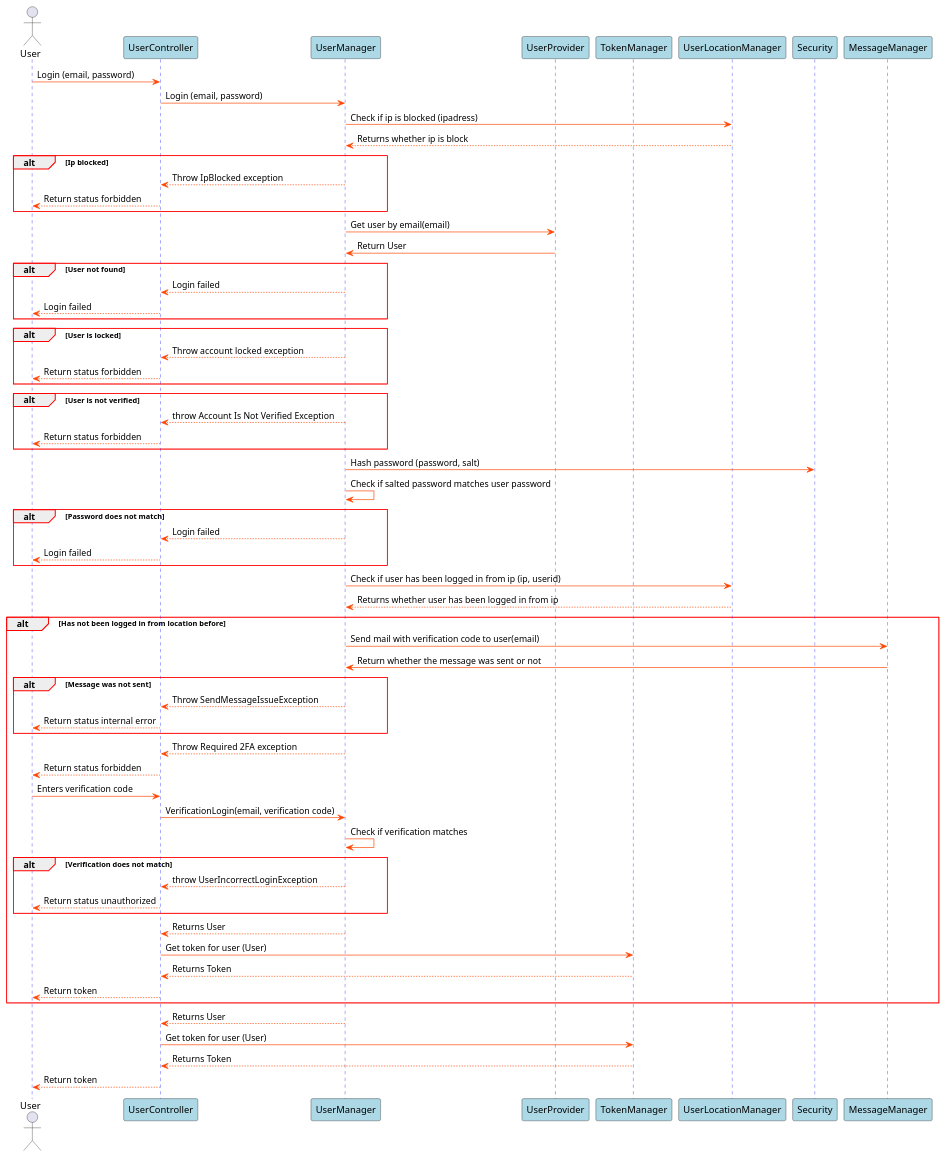
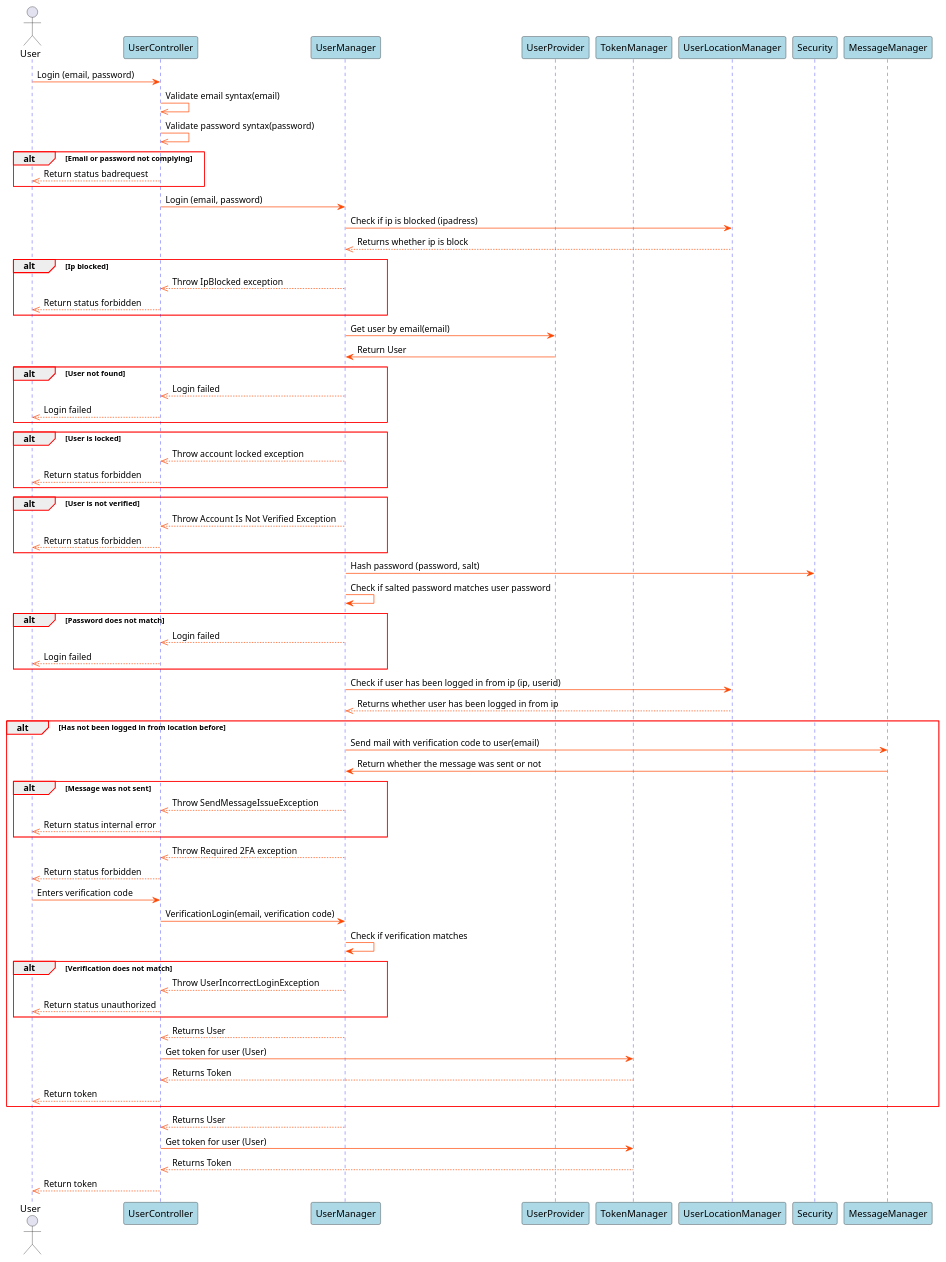
Before and after one commit to blackout1471/trust-us-school: the diagram in Docs/SDDiagrams/LoginSD.plantuml, drawn with PlantUML. The commit also changed 20 other files, not shown here.

First line of the commit message:
Updated sd and flowcharts (#27)

```diff
--- a/Docs/SDDiagrams/LoginSD.plantuml
+++ b/Docs/SDDiagrams/LoginSD.plantuml
@@ -1,103 +1,111 @@
 @startuml Login SD
 
 skinparam sequence {
     GroupBorderColor red
     GroupBorderThickness 1
 
     ArrowColor orangered
 
     LifeLineBorderColor blue
 
     ParticipantBackgroundColor lightblue
 }
 
 actor User
 participant UserController
 participant UserManager
 participant UserProvider
 participant TokenManager
 participant UserLocationManager
 participant Security
 
 User->UserController: Login (email, password)
+
+UserController->>UserController: Validate email syntax(email)
+UserController->>UserController: Validate password syntax(password)
+
+alt Email or password not complying
+UserController-->>User: Return status badrequest
+end
+
 UserController->UserManager: Login (email, password)
 UserManager->UserLocationManager: Check if ip is blocked (ipadress)
-UserLocationManager-->UserManager: Returns whether ip is block
+UserLocationManager-->>UserManager: Returns whether ip is block
 
 alt Ip blocked
-UserManager-->UserController: Throw IpBlocked exception
-UserController-->User: Return status forbidden
+UserManager-->>UserController: Throw IpBlocked exception
+UserController-->>User: Return status forbidden
 end
 
 UserManager->UserProvider: Get user by email(email)
 UserProvider->UserManager: Return User
 
 
 alt User not found
 
-UserManager-->UserController: Login failed
-UserController-->User: Login failed
+UserManager-->>UserController: Login failed
+UserController-->>User: Login failed
 
 end
 
 alt User is locked
 
-UserManager-->UserController: Throw account locked exception
-UserController-->User: Return status forbidden
+UserManager-->>UserController: Throw account locked exception
+UserController-->>User: Return status forbidden
 
 end
 
 alt User is not verified
 
-UserManager-->UserController: throw Account Is Not Verified Exception
-UserController-->User: Return status forbidden
+UserManager-->>UserController: Throw Account Is Not Verified Exception
+UserController-->>User: Return status forbidden
 
 end
 
 UserManager->Security: Hash password (password, salt)
 UserManager->UserManager: Check if salted password matches user password
 
 alt Password does not match
 
-UserManager-->UserController: Login failed
-UserController-->User: Login failed
+UserManager-->>UserController: Login failed
+UserController-->>User: Login failed
 
 end
 
 
 UserManager->UserLocationManager: Check if user has been logged in from ip (ip, userid)
-UserLocationManager-->UserManager: Returns whether user has been logged in from ip
+UserLocationManager-->>UserManager: Returns whether user has been logged in from ip
 
 alt Has not been logged in from location before
 
 UserManager->MessageManager: Send mail with verification code to user(email)
 MessageManager->UserManager: Return whether the message was sent or not
 alt Message was not sent
 
-UserManager --> UserController: Throw SendMessageIssueException
-UserController --> User: Return status internal error
+UserManager -->> UserController: Throw SendMessageIssueException
+UserController -->> User: Return status internal error
 end
-UserManager-->UserController: Throw Required 2FA exception
-UserController-->User: Return status forbidden
+UserManager-->>UserController: Throw Required 2FA exception
+UserController-->>User: Return status forbidden
 User->UserController: Enters verification code
 UserController->UserManager: VerificationLogin(email, verification code)
 UserManager->UserManager: Check if verification matches
 alt Verification does not match
 
-UserManager-->UserController: throw UserIncorrectLoginException
-UserController-->User: Return status unauthorized
+UserManager-->>UserController: Throw UserIncorrectLoginException
+UserController-->>User: Return status unauthorized
 
 end
-UserManager-->UserController: Returns User
+UserManager-->>UserController: Returns User
 UserController->TokenManager: Get token for user (User)
-TokenManager-->UserController: Returns Token
-UserController-->User: Return token
+TokenManager-->>UserController: Returns Token
+UserController-->>User: Return token
 end
 
-UserManager-->UserController: Returns User
+UserManager-->>UserController: Returns User
 UserController->TokenManager: Get token for user (User)
-TokenManager-->UserController: Returns Token
+TokenManager-->>UserController: Returns Token
 
-UserController-->User: Return token
+UserController-->>User: Return token
 
 @enduml
```
